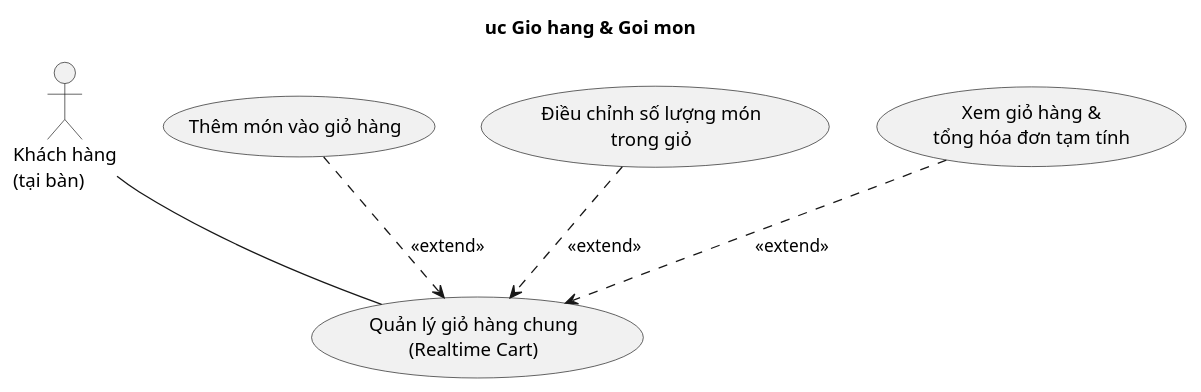
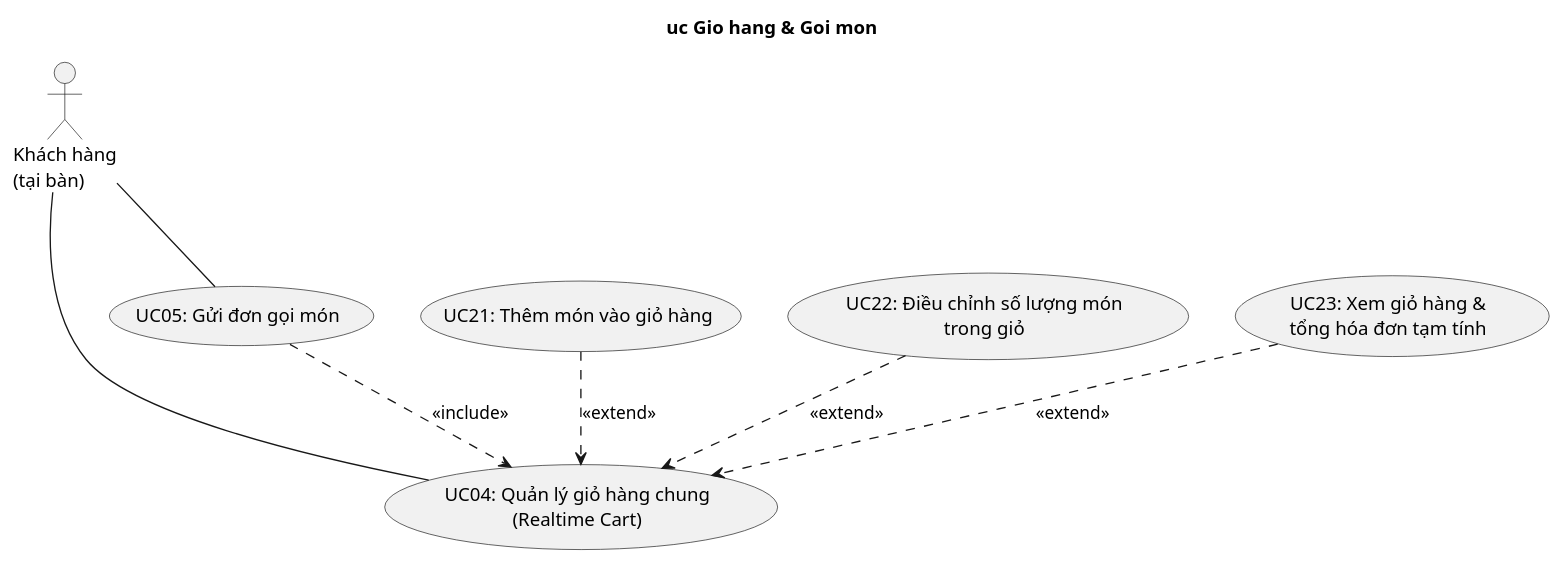
One commit to qu2nishere/HoaDiemCac-backend changed the second of 9 diagrams in doc/DacTa_Chuong3_UseCase.md. Above: the diagram before and after it, drawn with PlantUML. The commit also changed other lines of this file and 2 other files, not shown here.

First line of the commit message:
docs(usecase): synchronize all 42 use cases with UC-new.pdf specifications

````diff
--- a/doc/DacTa_Chuong3_UseCase.md
+++ b/doc/DacTa_Chuong3_UseCase.md
@@ -160,17 +196,19 @@
 ```plantuml
 @startuml uc-gio-hang-goi-mon
 title uc Gio hang & Goi mon
-
 actor "Khách hàng\n(tại bàn)" as KH
 
-usecase "Quản lý giỏ hàng chung\n(Realtime Cart)" as UC04
-usecase "Thêm món vào giỏ hàng" as UC21
-usecase "Điều chỉnh số lượng món\ntrong giỏ" as UC22
-usecase "Xem giỏ hàng &\ntổng hóa đơn tạm tính" as UC23
+usecase "UC04: Quản lý giỏ hàng chung\n(Realtime Cart)" as UC04
+usecase "UC21: Thêm món vào giỏ hàng" as UC21
+usecase "UC22: Điều chỉnh số lượng món\ntrong giỏ" as UC22
+usecase "UC23: Xem giỏ hàng &\ntổng hóa đơn tạm tính" as UC23
+usecase "UC05: Gửi đơn gọi món" as UC05
 
 KH -- UC04
+KH -- UC05
 UC21 ..> UC04 : <<extend>>
 UC22 ..> UC04 : <<extend>>
 UC23 ..> UC04 : <<extend>>
+UC05 ..> UC04 : <<include>>
 @enduml
 ```
````
